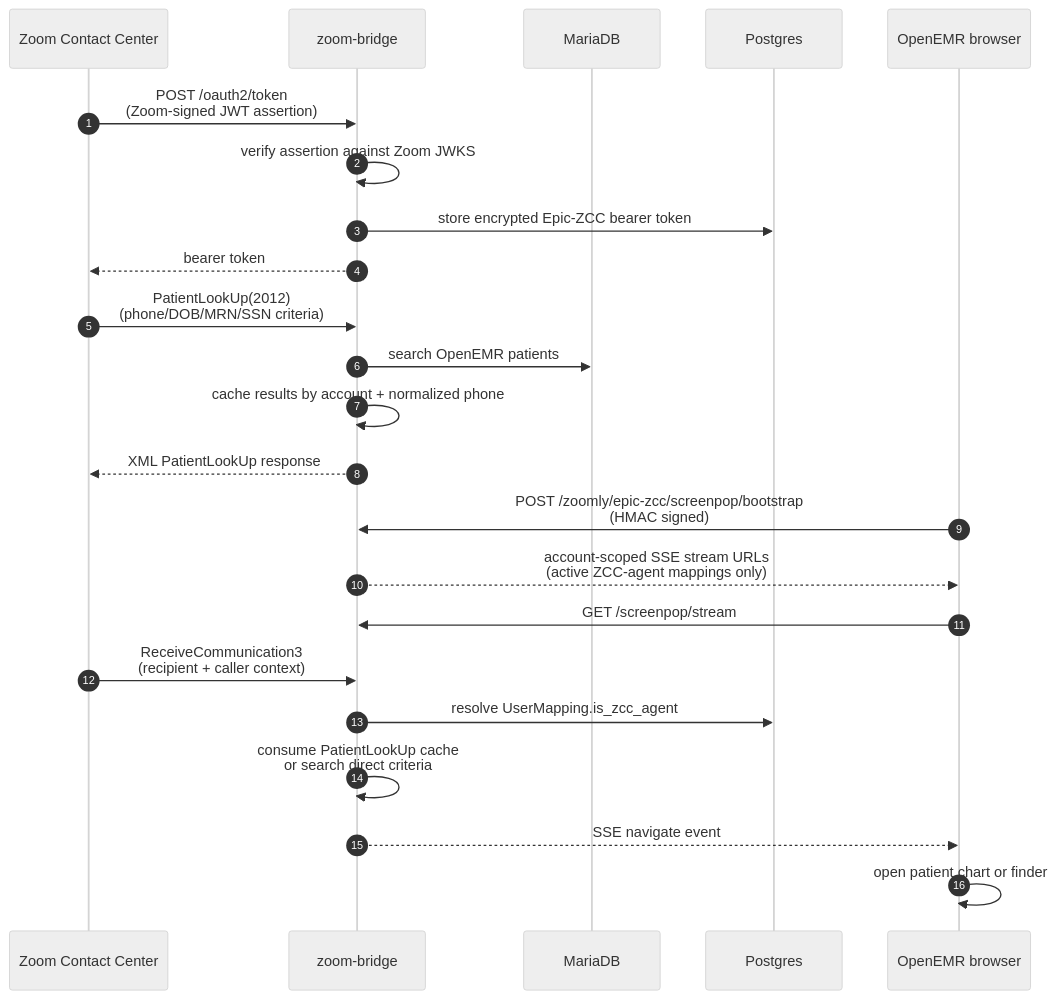
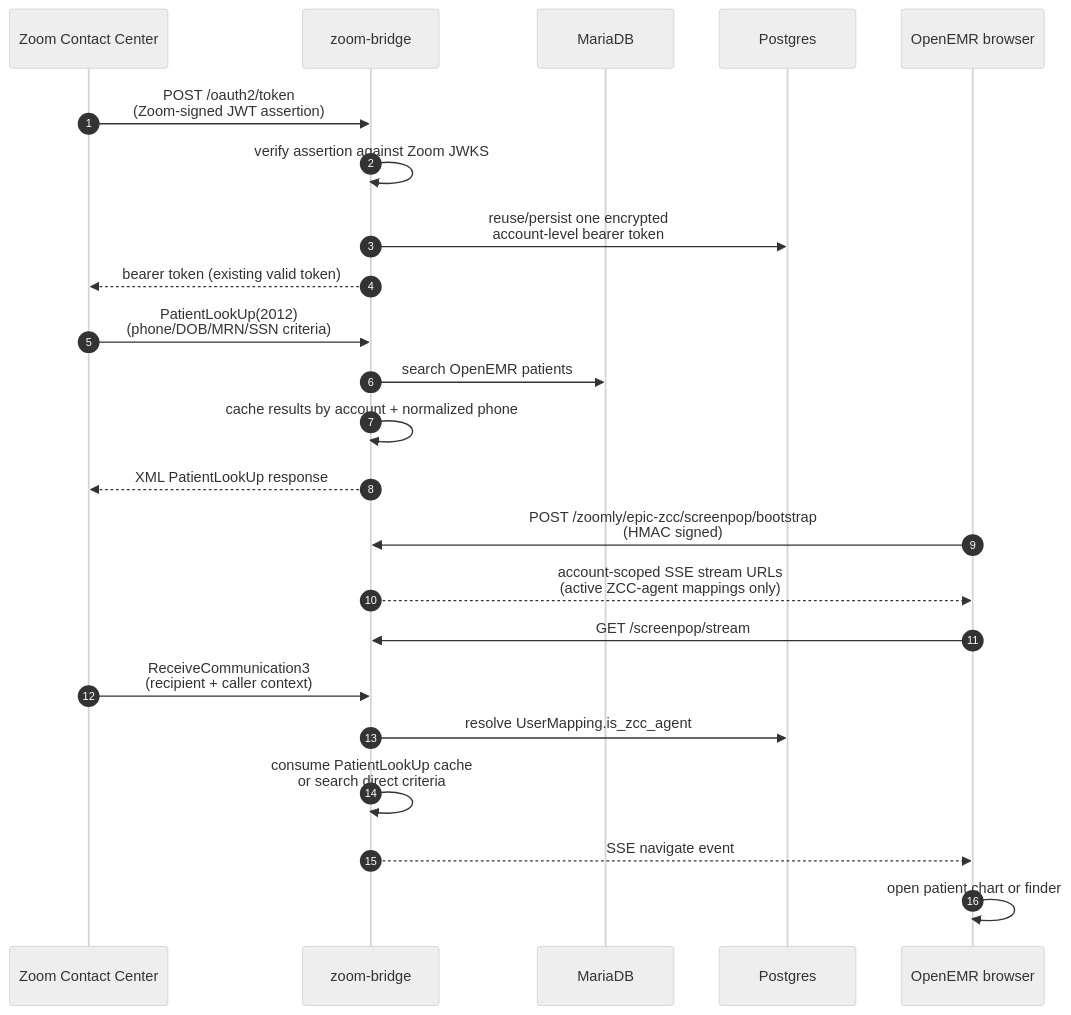
Before and after one commit to PandaBacon21/openemr-zoom-integration: the fifth of 5 diagrams in ARCHITECTURE.md, drawn with Mermaid (neutral theme). The commit also changed other lines of this file and 5 other files, not shown here.

````diff
--- a/ARCHITECTURE.md
+++ b/ARCHITECTURE.md
@@ -324,29 +325,29 @@
 ```mermaid
 sequenceDiagram
     autonumber
     participant ZCC as Zoom Contact Center
     participant Flask as zoom-bridge
     participant MariaDB
     participant Postgres
     participant OE as OpenEMR browser
 
     ZCC->>Flask: POST /oauth2/token<br/>(Zoom-signed JWT assertion)
     Flask->>Flask: verify assertion against Zoom JWKS
-    Flask->>Postgres: store encrypted Epic-ZCC bearer token
-    Flask-->>ZCC: bearer token
+    Flask->>Postgres: reuse/persist one encrypted<br/>account-level bearer token
+    Flask-->>ZCC: bearer token (existing valid token)
 
     ZCC->>Flask: PatientLookUp(2012)<br/>(phone/DOB/MRN/SSN criteria)
     Flask->>MariaDB: search OpenEMR patients
     Flask->>Flask: cache results by account + normalized phone
     Flask-->>ZCC: XML PatientLookUp response
 
     OE->>Flask: POST /zoomly/epic-zcc/screenpop/bootstrap<br/>(HMAC signed)
     Flask-->>OE: account-scoped SSE stream URLs<br/>(active ZCC-agent mappings only)
     OE->>Flask: GET /screenpop/stream
 
     ZCC->>Flask: ReceiveCommunication3<br/>(recipient + caller context)
     Flask->>Postgres: resolve UserMapping.is_zcc_agent
     Flask->>Flask: consume PatientLookUp cache<br/>or search direct criteria
     Flask-->>OE: SSE navigate event
     OE->>OE: open patient chart or finder
 ```
````
